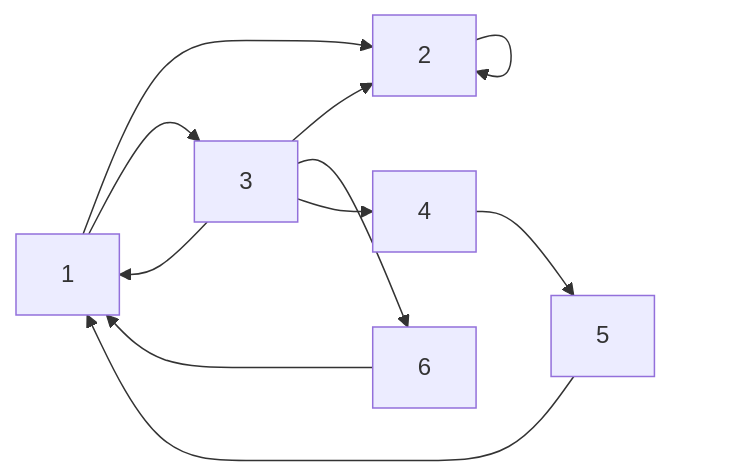
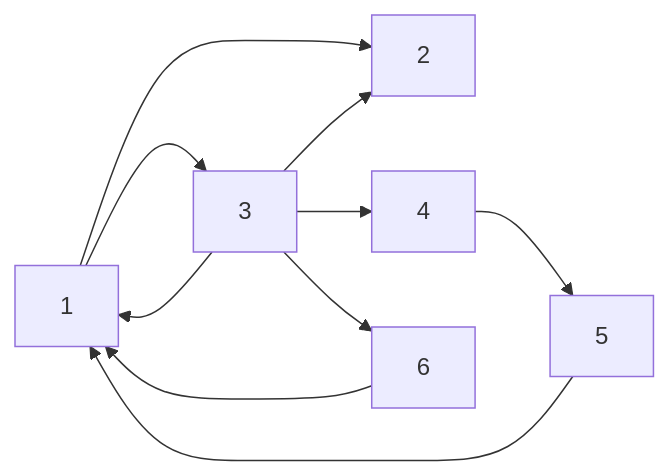
The third of 4 diagrams in seconde/Web/Moteurs_de_recherche.md (boddaert/snt), drawn with Mermaid before and after one commit. The commit also changed other lines of this file, not shown here.

````diff
--- a/seconde/Web/Moteurs_de_recherche.md
+++ b/seconde/Web/Moteurs_de_recherche.md
@@ -109,13 +111,12 @@
 ```mermaid
   graph LR;
       1-->2;
-      2-->2;
       1-->3;
       3-->2;
       3-->1;
       3-->6;
       6-->1;
       3-->4;
       4-->5;
       5-->1;
 ```
````
